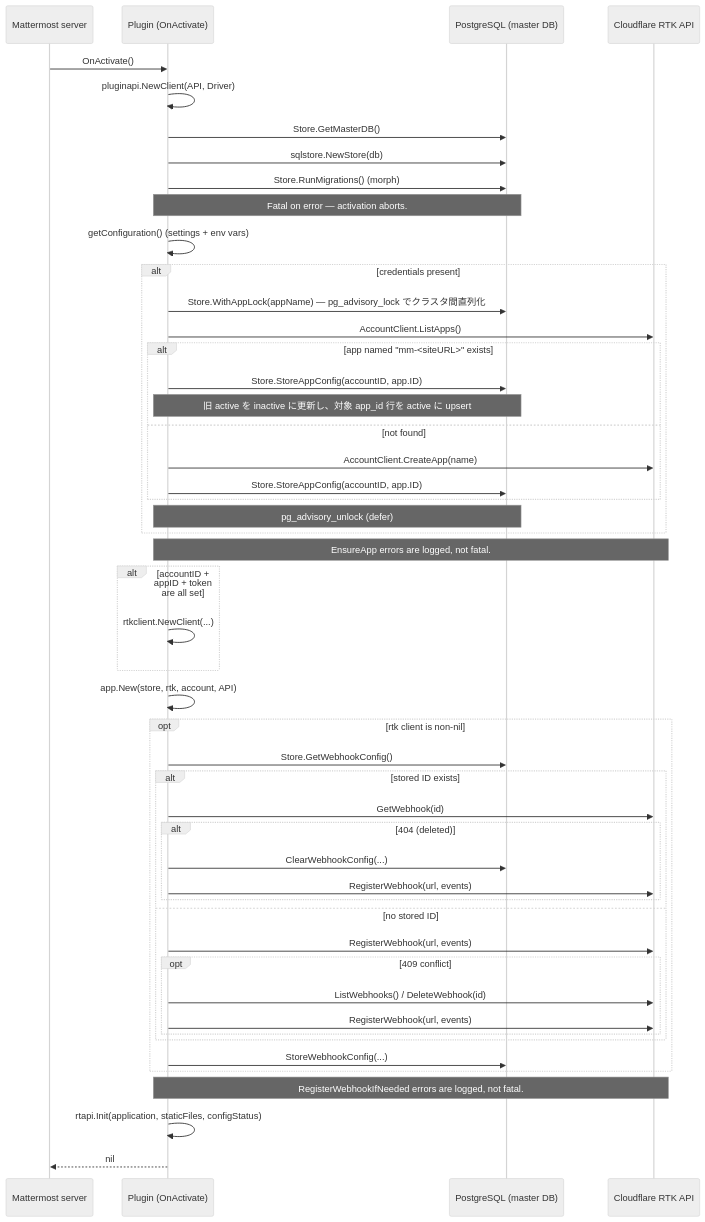
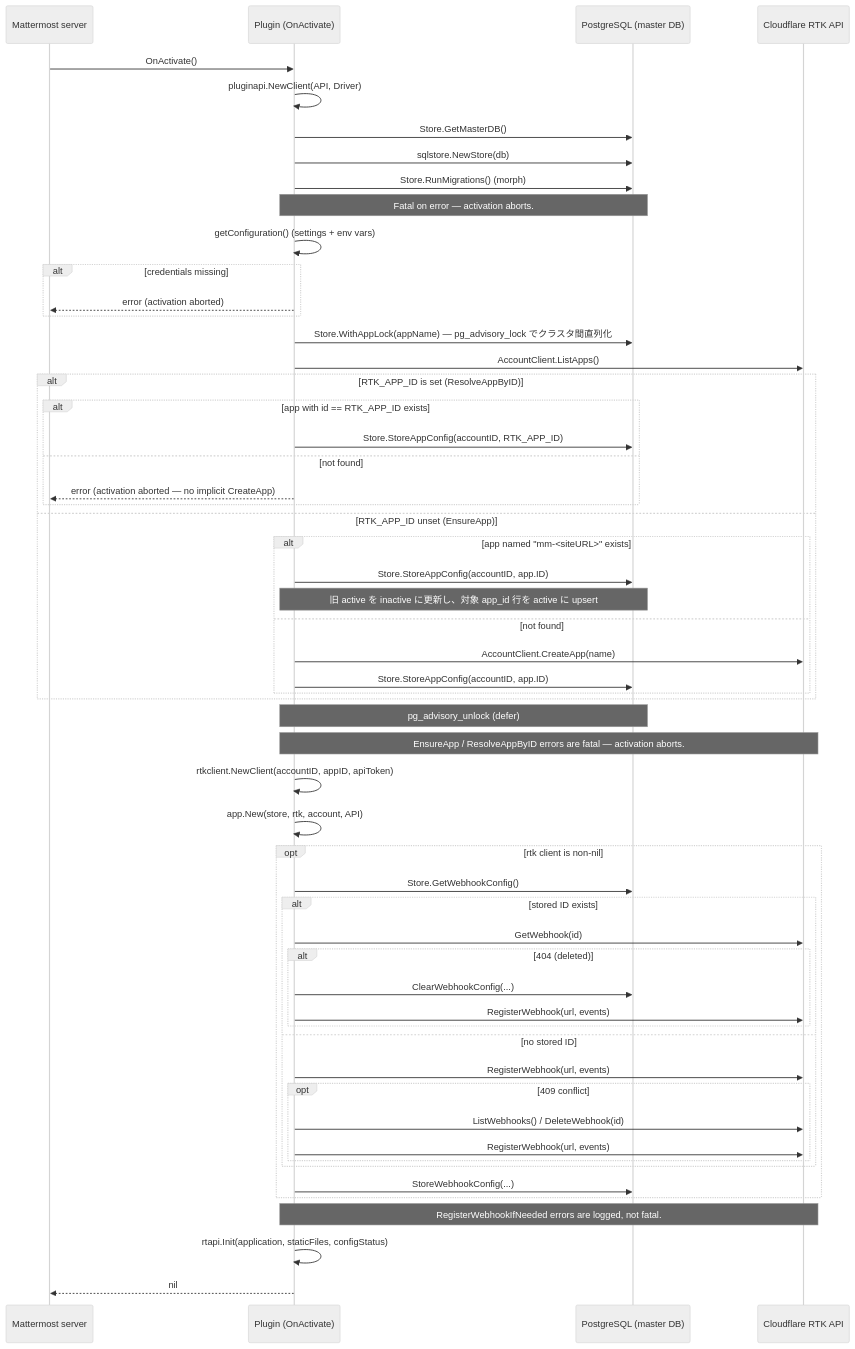
The diagram in docs/plugin-activation.md (kondo97/mattermost-plugin-rtk), drawn with Mermaid (neutral theme) before and after one commit. The commit also changed other lines of this file and 10 other files, not shown here.

First line of the commit message:
feat: support RTK_APP_ID env var to pin Cloudflare RTK app

````diff
--- a/docs/plugin-activation.md
+++ b/docs/plugin-activation.md
@@ -29,58 +29,66 @@
 ```mermaid
 sequenceDiagram
     participant MM as Mattermost server
     participant P as Plugin (OnActivate)
     participant DB as PostgreSQL (master DB)
     participant CF as Cloudflare RTK API
 
     MM->>P: OnActivate()
     P->>P: pluginapi.NewClient(API, Driver)
     P->>DB: Store.GetMasterDB()
     P->>DB: sqlstore.NewStore(db)
     P->>DB: Store.RunMigrations() (morph)
     Note over P,DB: Fatal on error — activation aborts.
 
     P->>P: getConfiguration() (settings + env vars)
 
-    alt credentials present
-        P->>DB: Store.WithAppLock(appName) — pg_advisory_lock でクラスタ間直列化
-        P->>CF: AccountClient.ListApps()
+    alt credentials missing
+        P-->>MM: error (activation aborted)
+    end
+
+    P->>DB: Store.WithAppLock(appName) — pg_advisory_lock でクラスタ間直列化
+    P->>CF: AccountClient.ListApps()
+    alt RTK_APP_ID is set (ResolveAppByID)
+        alt app with id == RTK_APP_ID exists
+            P->>DB: Store.StoreAppConfig(accountID, RTK_APP_ID)
+        else not found
+            P-->>MM: error (activation aborted — no implicit CreateApp)
+        end
+    else RTK_APP_ID unset (EnsureApp)
         alt app named "mm-<siteURL>" exists
             P->>DB: Store.StoreAppConfig(accountID, app.ID)
             Note over P,DB: 旧 active を inactive に更新し、対象 app_id 行を active に upsert
         else not found
             P->>CF: AccountClient.CreateApp(name)
             P->>DB: Store.StoreAppConfig(accountID, app.ID)
         end
-        Note over P,DB: pg_advisory_unlock (defer)
     end
-    Note over P,CF: EnsureApp errors are logged, not fatal.
+    Note over P,DB: pg_advisory_unlock (defer)
+    Note over P,CF: EnsureApp / ResolveAppByID errors are fatal — activation aborts.
 
-    alt accountID + appID + token are all set
-        P->>P: rtkclient.NewClient(...)
-    end
+    P->>P: rtkclient.NewClient(accountID, appID, apiToken)
 
     P->>P: app.New(store, rtk, account, API)
 
     opt rtk client is non-nil
         P->>DB: Store.GetWebhookConfig()
         alt stored ID exists
             P->>CF: GetWebhook(id)
             alt 404 (deleted)
                 P->>DB: ClearWebhookConfig(...)
                 P->>CF: RegisterWebhook(url, events)
             end
         else no stored ID
             P->>CF: RegisterWebhook(url, events)
             opt 409 conflict
                 P->>CF: ListWebhooks() / DeleteWebhook(id)
                 P->>CF: RegisterWebhook(url, events)
             end
         end
         P->>DB: StoreWebhookConfig(...)
     end
     Note over P,CF: RegisterWebhookIfNeeded errors are logged, not fatal.
 
     P->>P: rtapi.Init(application, staticFiles, configStatus)
     P-->>MM: nil
 ```
````
